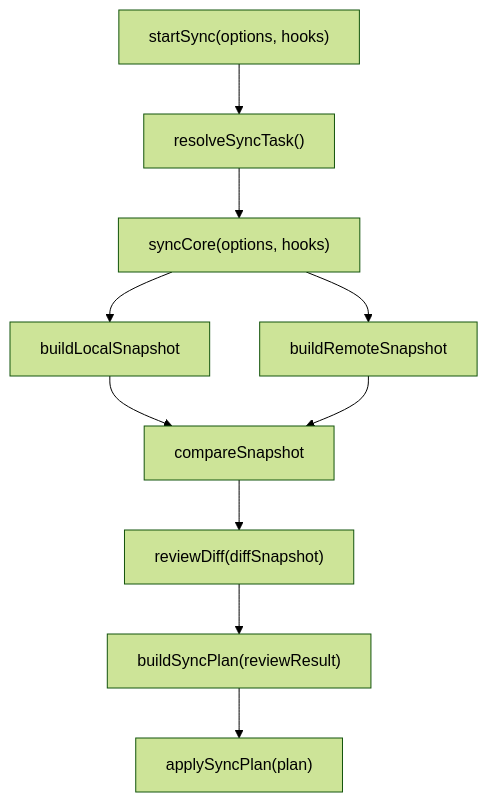
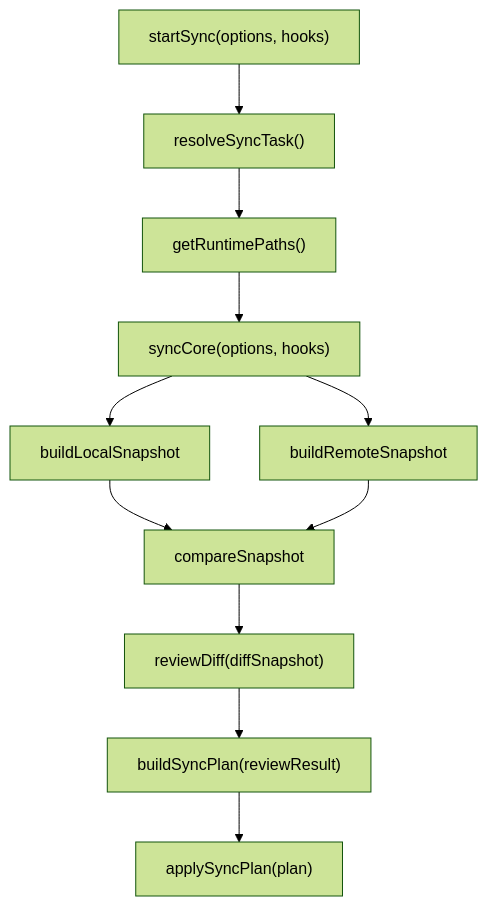
The second of 2 diagrams in docs/Architecture.md (agalloch21/sync-with-rclone), drawn with Mermaid (forest theme) before and after one commit. The commit also changed other lines of this file and 45 other files, not shown here.

````diff
--- a/docs/Architecture.md
+++ b/docs/Architecture.md
@@ -172,12 +175,13 @@
 ```mermaid
 flowchart TD
   A["startSync(options, hooks)"] --> B["resolveSyncTask()"]
-  B --> C["syncCore(options, hooks)"]
-  C --> D["buildLocalSnapshot"]
-  C --> E["buildRemoteSnapshot"]
-  D --> F["compareSnapshot"]
-  E --> F
-  F --> G["reviewDiff(diffSnapshot)"]
-  G --> H["buildSyncPlan(reviewResult)"]
-  H --> I["applySyncPlan(plan)"]
+  B --> C["getRuntimePaths()"]
+  C --> D["syncCore(options, hooks)"]
+  D --> E["buildLocalSnapshot"]
+  D --> F["buildRemoteSnapshot"]
+  E --> G["compareSnapshot"]
+  F --> G
+  G --> H["reviewDiff(diffSnapshot)"]
+  H --> I["buildSyncPlan(reviewResult)"]
+  I --> J["applySyncPlan(plan)"]
 ```
````
